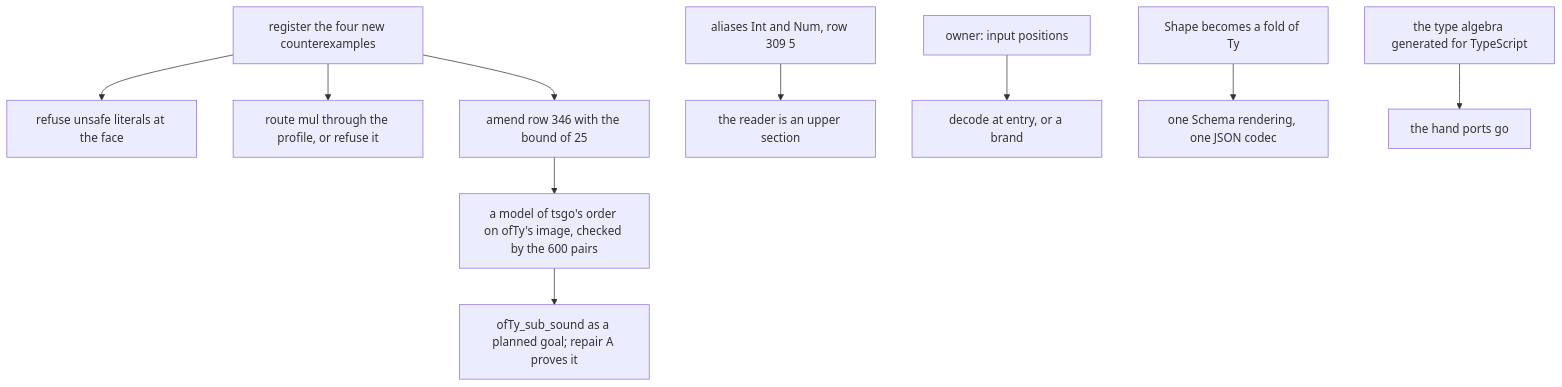
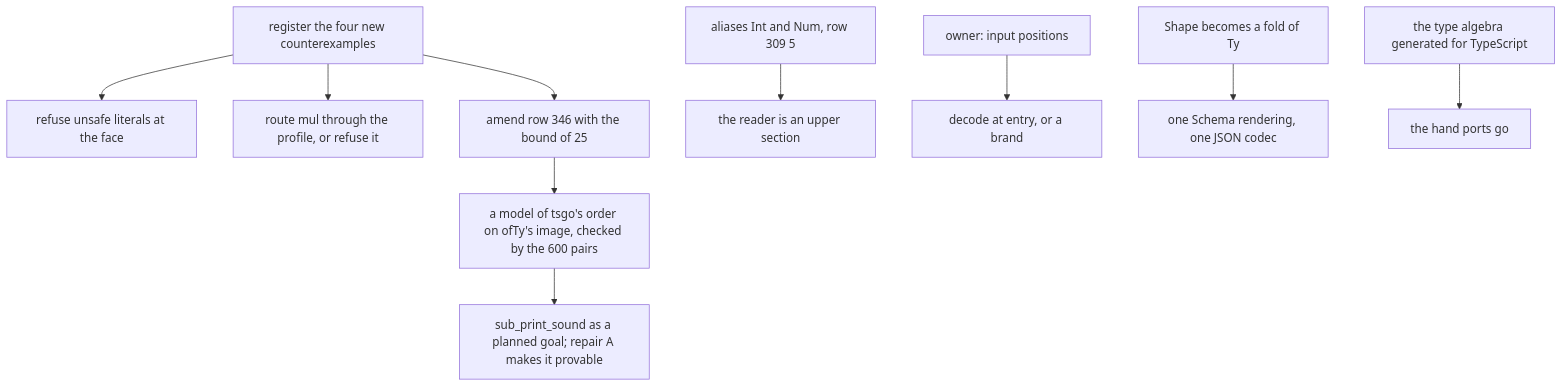
The second of 2 diagrams in docs/research/2026-10-11-type-interface/README.md (pure-algebra/lean4-effect4), drawn with Mermaid before and after one commit. The commit also changed other lines of this file and 4 other files, not shown here.

````diff
--- a/docs/research/2026-10-11-type-interface/README.md
+++ b/docs/research/2026-10-11-type-interface/README.md
@@ -202,12 +207,12 @@
 ```mermaid
 flowchart TD
   C[register the four new counterexamples] --> L[refuse unsafe literals at the face]
   C --> P[route mul through the profile, or refuse it]
   C --> B[amend row 346 with the bound of 25]
   B --> M[a model of tsgo's order on ofTy's image, checked by the 600 pairs]
-  M --> G[ofTy_sub_sound as a planned goal; repair A proves it]
+  M --> G[sub_print_sound as a planned goal; repair A makes it provable]
   N[aliases Int and Num, row 309 5] --> R[the reader is an upper section]
   O[owner: input positions] --> D[decode at entry, or a brand]
   S[Shape becomes a fold of Ty] --> J[one Schema rendering, one JSON codec]
   T[the type algebra generated for TypeScript] --> X[the hand ports go]
 ```
````
